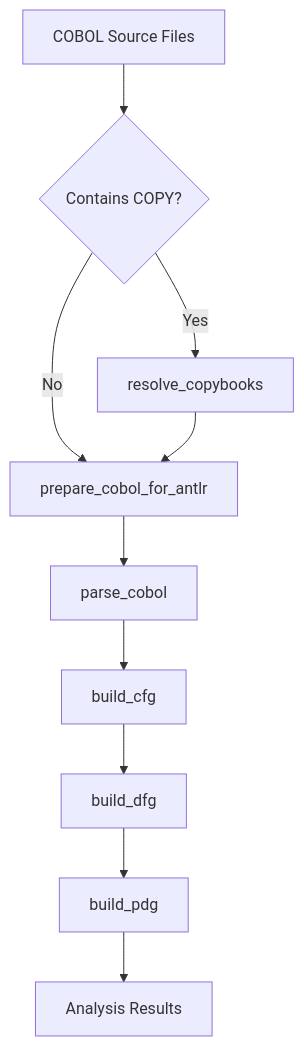
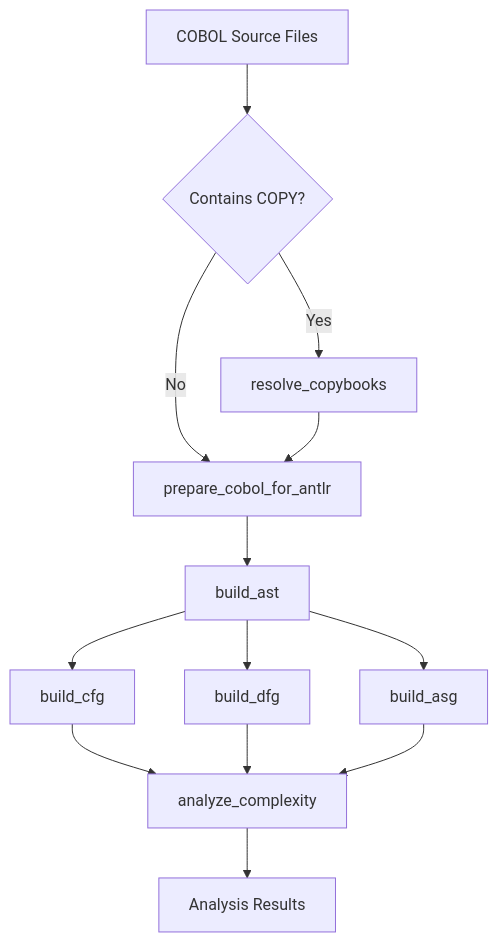
The diagram in docs/cobol/COBOL_ANALYSIS_TOOLS_GUIDE.md (legacy-ai-labs/mcp-server-language-converter), drawn with Mermaid before and after one commit. The commit also changed other lines of this file and 31 other files, not shown here.

````diff
--- a/docs/cobol/COBOL_ANALYSIS_TOOLS_GUIDE.md
+++ b/docs/cobol/COBOL_ANALYSIS_TOOLS_GUIDE.md
@@ -354,12 +528,15 @@
 ```mermaid
 graph TD
     A[COBOL Source Files] --> B{Contains COPY?}
     B -->|Yes| C[resolve_copybooks]
     B -->|No| D[prepare_cobol_for_antlr]
     C --> D
-    D --> E[parse_cobol]
+    D --> E[build_ast]
     E --> F[build_cfg]
-    F --> G[build_dfg]
-    G --> H[build_pdg]
-    H --> I[Analysis Results]
+    E --> G[build_dfg]
+    E --> H[build_asg]
+    F --> I[analyze_complexity]
+    G --> I
+    H --> I
+    I --> J[Analysis Results]
 ```
````
